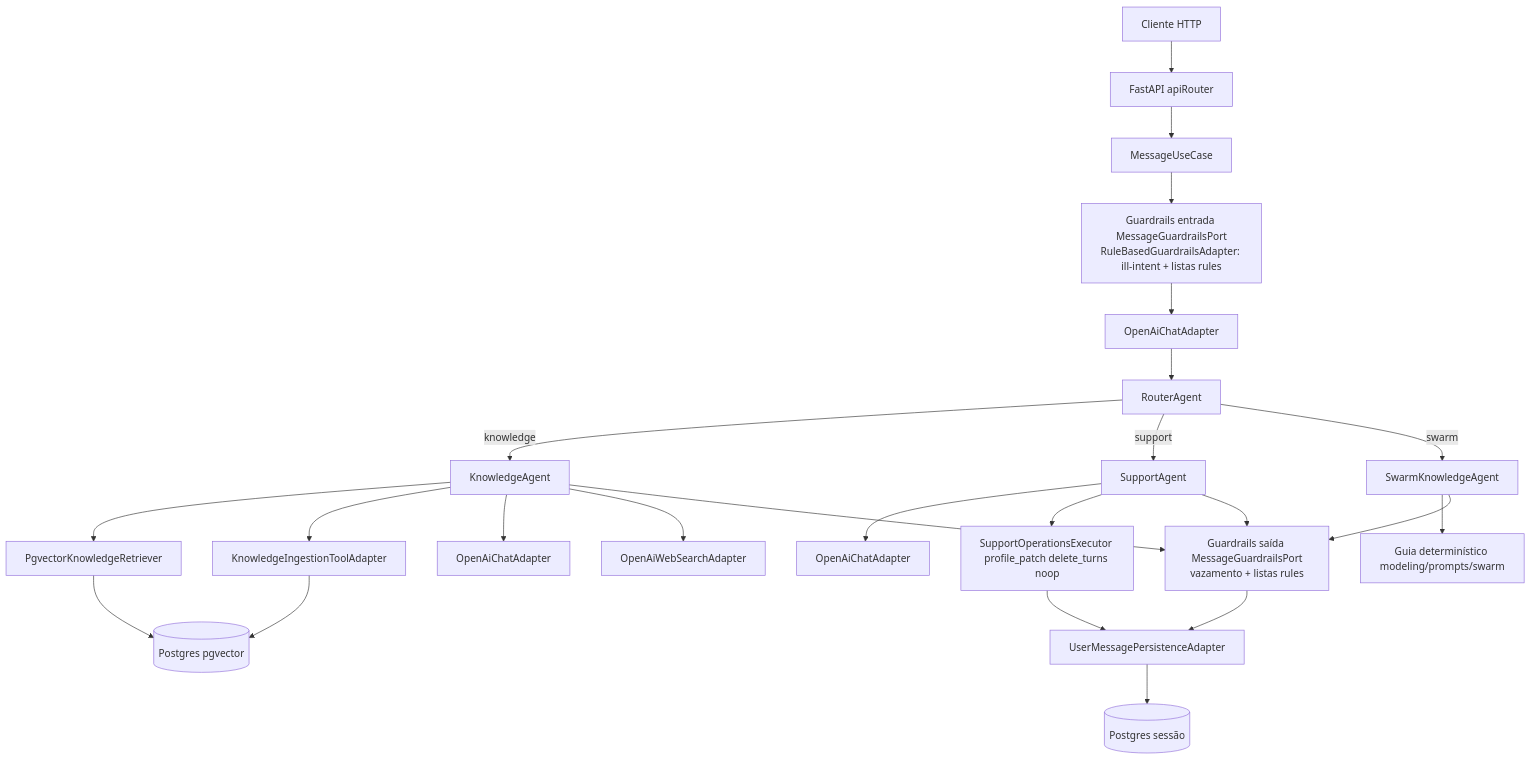
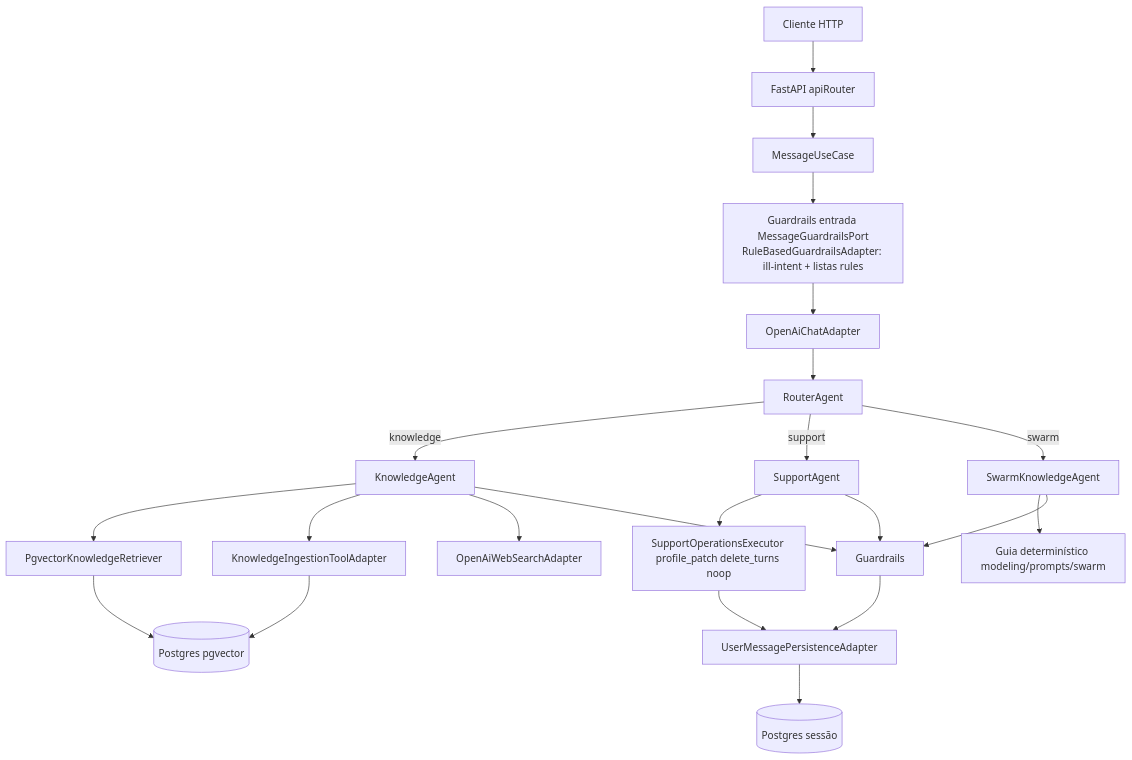
One commit to P-ASilva/Agent-Swarm-Backend changed the diagram in README.md. Above: the diagram before and after it, drawn with Mermaid.

Commit message:
Remove OpenAiChatAdapter references from README

````diff
--- a/README.md
+++ b/README.md
@@ -7,35 +7,33 @@
 ```mermaid
 flowchart TD
   Client[Cliente HTTP] --> API[FastAPI apiRouter]
   API --> UC[MessageUseCase]
 
   UC --> GRin["Guardrails entrada MessageGuardrailsPort<br/>RuleBasedGuardrailsAdapter: ill-intent + listas rules"]
   GRin --> O[OpenAiChatAdapter]
   O --> R[RouterAgent]
   R -->|knowledge| K[KnowledgeAgent]
   R -->|support| S[SupportAgent]
   R -->|swarm| SW[SwarmKnowledgeAgent]
 
   K --> RET[PgvectorKnowledgeRetriever]
   K --> ING[KnowledgeIngestionToolAdapter]
-  K --> KCHAT[OpenAiChatAdapter]
   K --> WEB[OpenAiWebSearchAdapter]
 
-  S --> SCHAT[OpenAiChatAdapter]
   S --> EX["SupportOperationsExecutor profile_patch delete_turns noop"]
 
   SW --> SWP["Guia determinístico modeling/prompts/swarm"]
 
   RET --> RAG[(Postgres pgvector)]
   ING --> RAG
 
   EX --> PERM[UserMessagePersistenceAdapter]
 
-  K --> GRout["Guardrails saída MessageGuardrailsPort<br/>vazamento + listas rules"]
+  K --> GRout["Guardrails"]
   S --> GRout
   SW --> GRout
 
   GRout --> PERM
 
   PERM --> SESS[(Postgres sessão)]
 ```
````
